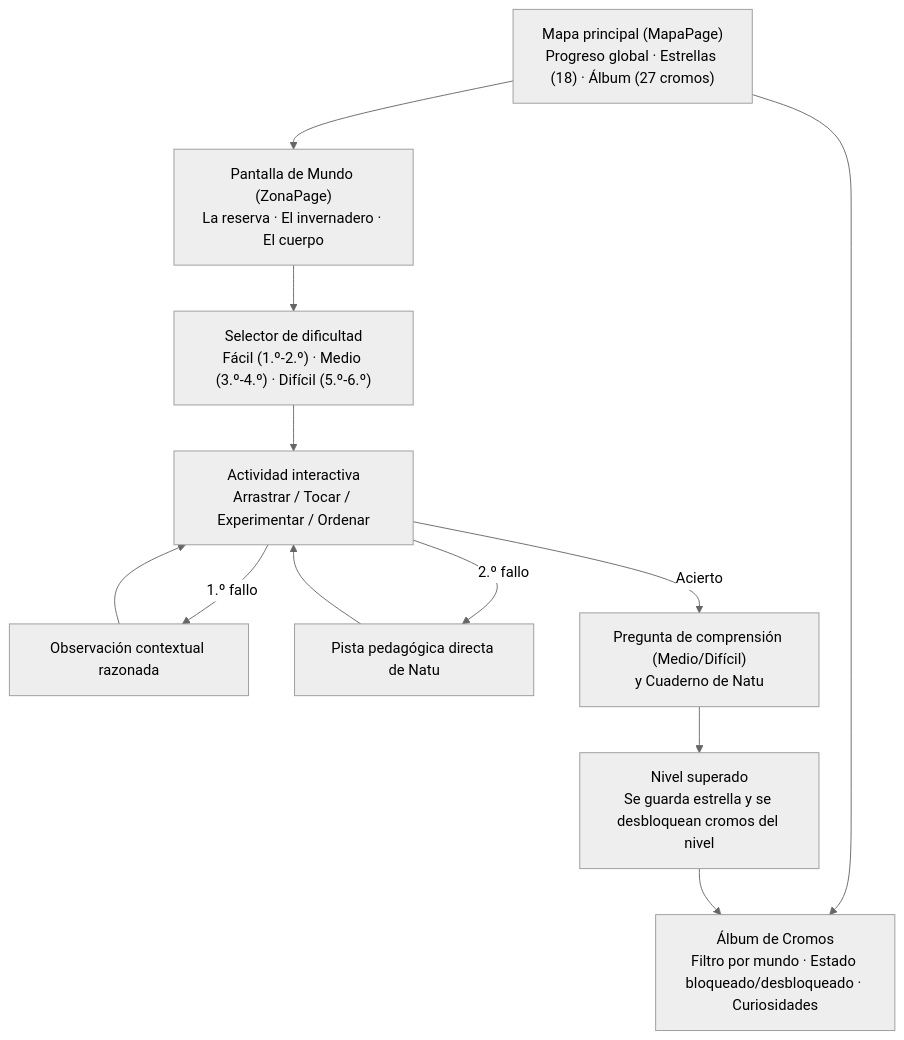
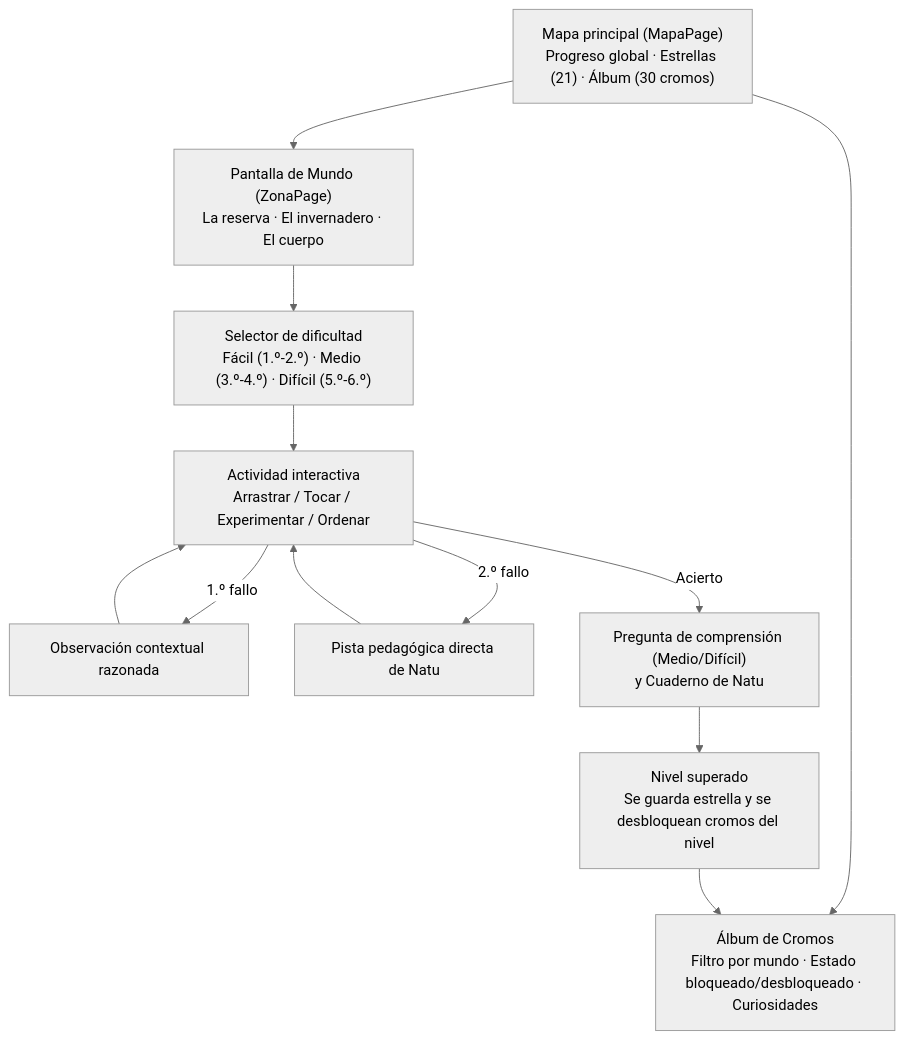
The second of 2 diagrams in README.md (imoroc/NaturalMente), drawn with Mermaid (neutral theme) before and after one commit. The commit also changed other lines of this file and 20 other files, not shown here.

````diff
--- a/README.md
+++ b/README.md
@@ -101,14 +102,14 @@
 ```mermaid
 flowchart TD
-  A["Mapa principal (MapaPage)\nProgreso global · Estrellas (18) · Álbum (27 cromos)"] --> B["Pantalla de Mundo (ZonaPage)\nLa reserva · El invernadero · El cuerpo"]
+  A["Mapa principal (MapaPage)\nProgreso global · Estrellas (21) · Álbum (30 cromos)"] --> B["Pantalla de Mundo (ZonaPage)\nLa reserva · El invernadero · El cuerpo"]
   A --> C["Álbum de Cromos\nFiltro por mundo · Estado bloqueado/desbloqueado · Curiosidades"]
   B --> D["Selector de dificultad\nFácil (1.º-2.º) · Medio (3.º-4.º) · Difícil (5.º-6.º)"]
   D --> E["Actividad interactiva\nArrastrar / Tocar / Experimentar / Ordenar"]
   E -->|1.º fallo| F["Observación contextual razonada"]
   E -->|2.º fallo| G["Pista pedagógica directa de Natu"]
   F --> E
   G --> E
   E -->|Acierto| H["Pregunta de comprensión (Medio/Difícil)\ny Cuaderno de Natu"]
   H --> I["Nivel superado\nSe guarda estrella y se desbloquean cromos del nivel"]
   I --> C
 ```
````
